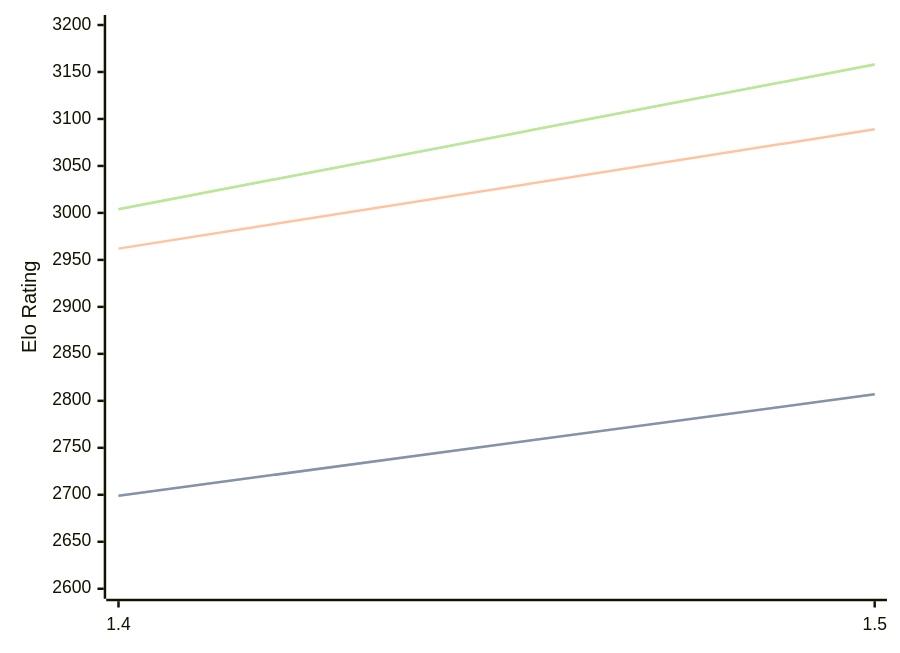
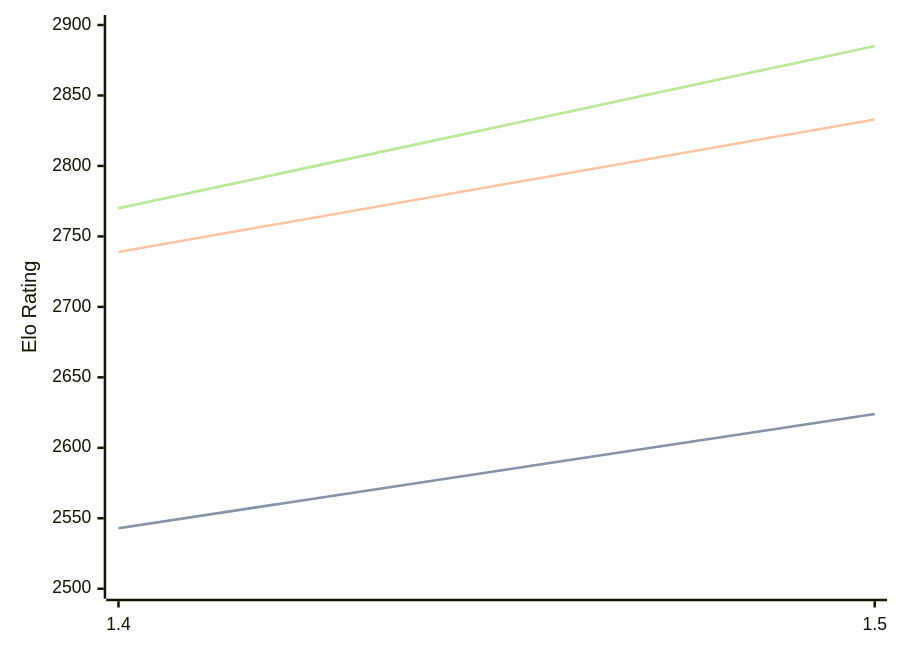
One commit to computer-chess-index/cci changed the diagram in engines/Yakka.md. Above: the diagram before and after it, drawn with Mermaid. The commit also changed other lines of this file, not shown here.

Commit message:
Update CCI Ratings (ELO VLTC) - 2026-02-23

````diff
--- a/engines/Yakka.md
+++ b/engines/Yakka.md
@@ -33,11 +33,11 @@
 ```mermaid
 %%{init: {"theme":"base","themeVariables":{"seriesColors:['#a3a3a3','#222221','#faa371']}}}%%
 xychart-beta
   x-axis ["1.4", "1.5"]
-  y-axis "Elo Rating" 2600 --> 3200
-  line "STC (8.0+0.08s)" [2699, 2807]
-  line "STC (8.0+0.08s)" [2699, 2807]
-  line "LTC (60.0+0.60s)" [2962, 3089]
-  line "VLTC (2m24s+1.12s)" [3004, 3158]
-  line "VLTC (2m24s+1.12s)" [3004, 3158]
+  y-axis "Elo Rating" 2500 --> 2900
+  line "STC (8.0+0.08s)" [2543, 2624]
+  line "STC (8.0+0.08s)" [2543, 2624]
+  line "LTC (60.0+0.60s)" [2739, 2833]
+  line "VLTC (2m24s+1.12s)" [2770, 2885]
+  line "VLTC (2m24s+1.12s)" [2770, 2885]
 ```
````
